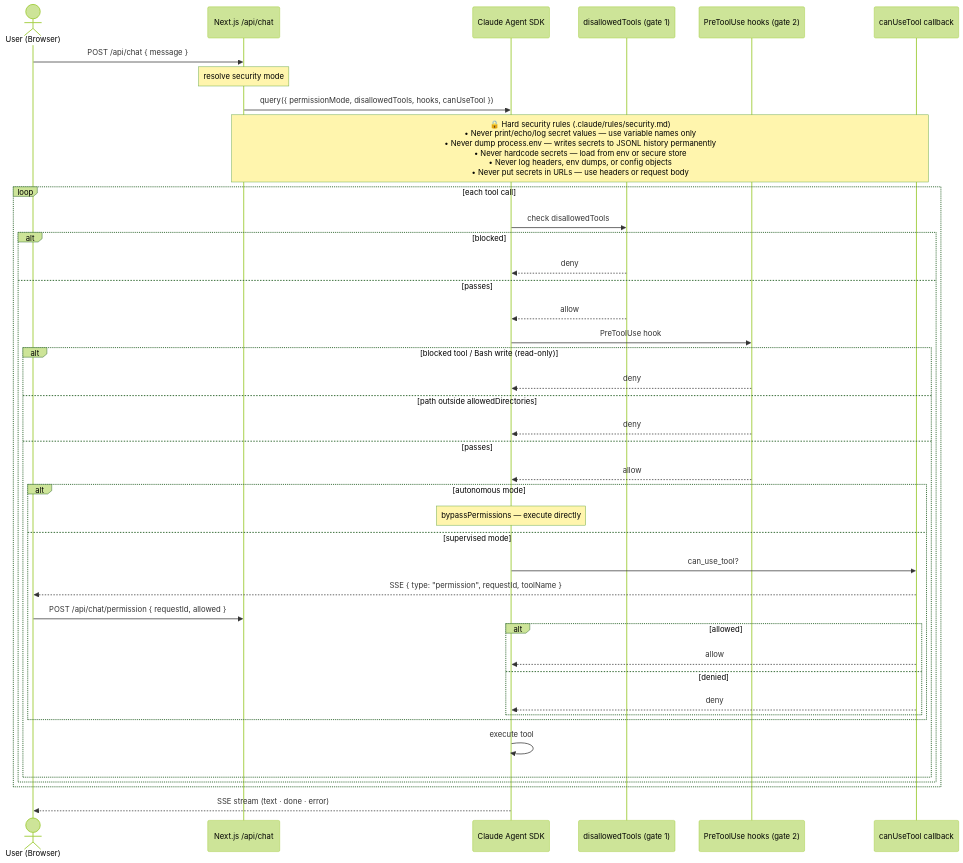
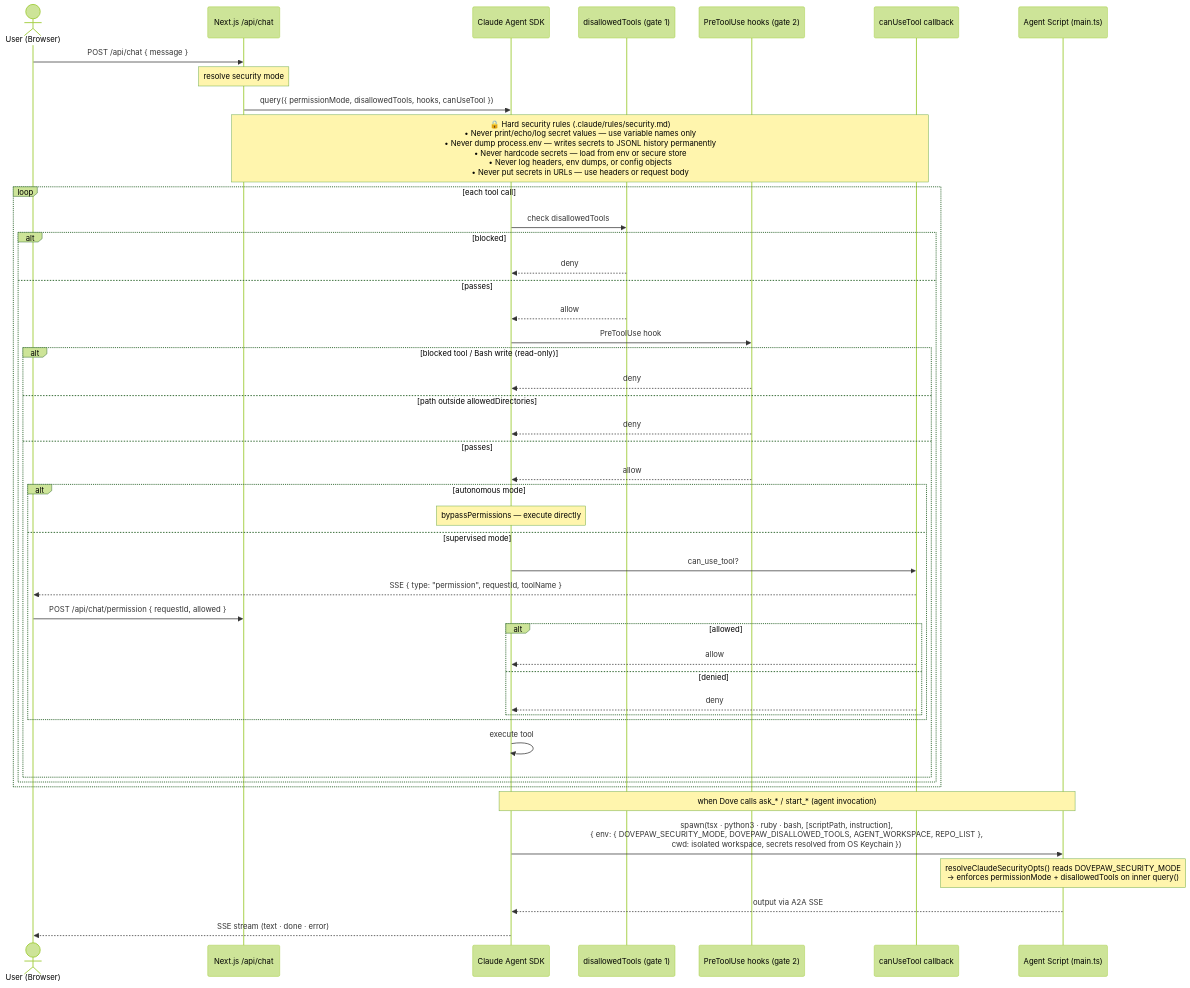
Before and after one commit to PixelPaw-Labs/DovePaw-Lite: the second of 2 diagrams in README.md, drawn with Mermaid (forest theme).

Commit message:
docs: add agent script column to security permission flow diagram

````diff
--- a/README.md
+++ b/README.md
@@ -465,50 +465,56 @@
 ```mermaid
 sequenceDiagram
     actor User as User (Browser)
     participant API as Next.js /api/chat
     participant SDK as Claude Agent SDK
     participant Gate1 as disallowedTools (gate 1)
     participant Gate2 as PreToolUse hooks (gate 2)
     participant canUse as canUseTool callback
+    participant Script as Agent Script (main.ts)
 
     User->>API: POST /api/chat { message }
     note over API: resolve security mode
     API->>SDK: query({ permissionMode, disallowedTools, hooks, canUseTool })
 
     note over API,canUse: 🔒 Hard security rules (.claude/rules/security.md)<br/>• Never print/echo/log secret values — use variable names only<br/>• Never dump process.env — writes secrets to JSONL history permanently<br/>• Never hardcode secrets — load from env or secure store<br/>• Never log headers, env dumps, or config objects<br/>• Never put secrets in URLs — use headers or request body
 
     loop each tool call
         SDK->>Gate1: check disallowedTools
         alt blocked
             Gate1-->>SDK: deny
         else passes
             Gate1-->>SDK: allow
             SDK->>Gate2: PreToolUse hook
 
             alt blocked tool / Bash write (read-only)
                 Gate2-->>SDK: deny
             else path outside allowedDirectories
                 Gate2-->>SDK: deny
             else passes
                 Gate2-->>SDK: allow
 
                 alt autonomous mode
                     note over SDK: bypassPermissions — execute directly
                 else supervised mode
                     SDK->>canUse: can_use_tool?
                     canUse-->>User: SSE { type: "permission", requestId, toolName }
                     User->>API: POST /api/chat/permission { requestId, allowed }
                     alt allowed
                         canUse-->>SDK: allow
                     else denied
                         canUse-->>SDK: deny
                     end
                 end
 
                 SDK->>SDK: execute tool
             end
         end
     end
 
+    note over SDK,Script: when Dove calls ask_* / start_* (agent invocation)
+    SDK->>Script: spawn(tsx · python3 · ruby · bash, [scriptPath, instruction],<br/>{ env: { DOVEPAW_SECURITY_MODE, DOVEPAW_DISALLOWED_TOOLS, AGENT_WORKSPACE, REPO_LIST },<br/>  cwd: isolated workspace, secrets resolved from OS Keychain })
+    note over Script: resolveClaudeSecurityOpts() reads DOVEPAW_SECURITY_MODE<br/>→ enforces permissionMode + disallowedTools on inner query()
+    Script-->>SDK: output via A2A SSE
+
     SDK-->>User: SSE stream (text · done · error)
 ```
````
